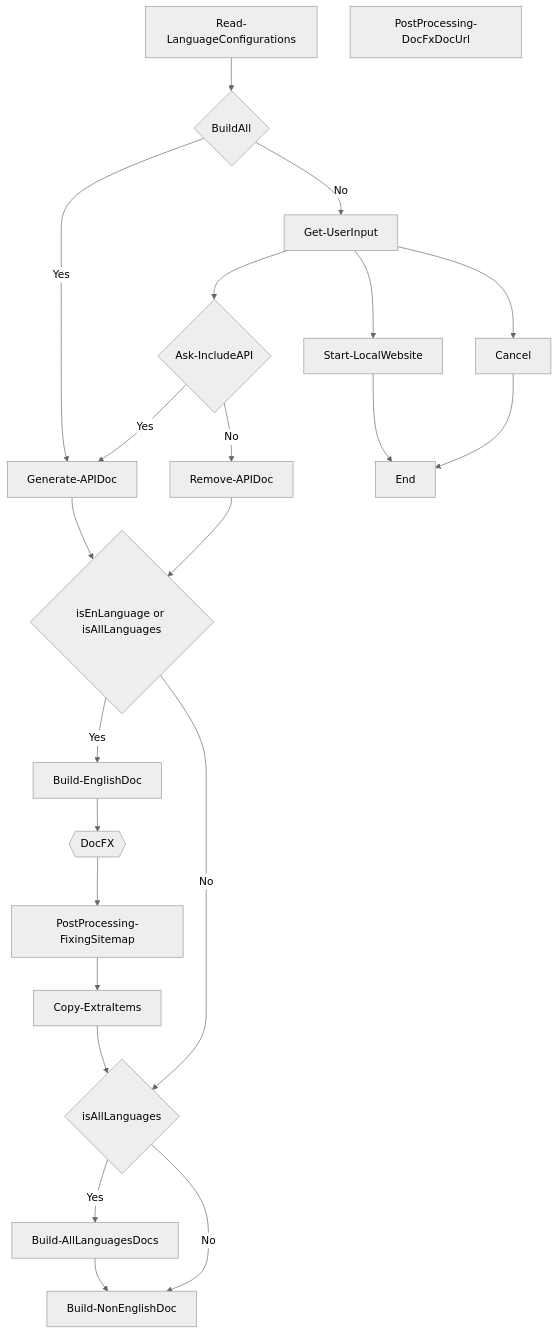
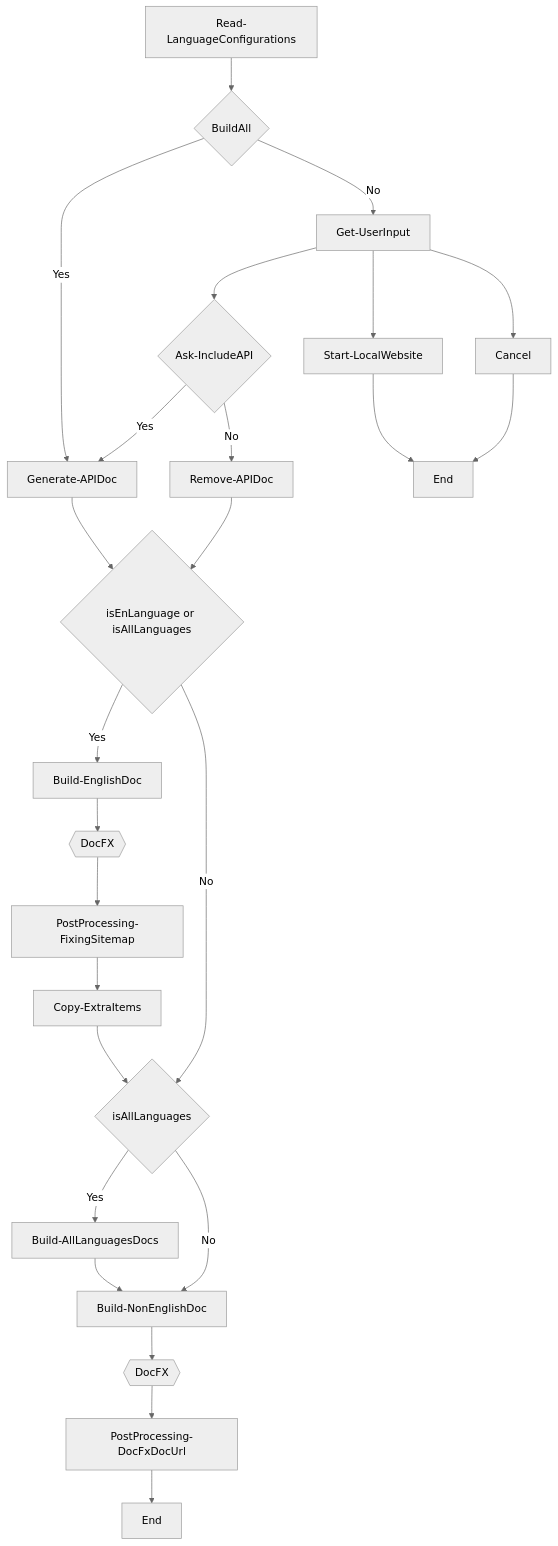
Before and after one commit to NexStandard/stride-docs-next: the second of 2 diagrams in README.md, drawn with Mermaid (neutral theme).

````diff
--- a/README.md
+++ b/README.md
@@ -165,38 +165,39 @@
 ``` mermaid
 graph TB
     A[Read-LanguageConfigurations]
     X1[BuildAll]
     B[Get-UserInput]
     C[Ask-IncludeAPI]
     D[Copy-ExtraItems]
     E[Start-LocalWebsite]
     F[Generate-APIDoc]
     G[Remove-APIDoc]
     H[Build-EnglishDoc]
     I[Build-NonEnglishDoc]
     J[Build-AllLanguagesDocs]
     K[PostProcessing-DocFxDocUrl]
     L[PostProcessing-FixingSitemap]
-    DocFX{{DocFX}}
-   
 
     A --> X1{BuildAll}
     X1 -->|Yes| F
     X1 -->|No| B
     B --> C{Ask-IncludeAPI}
     B --> E
     B --> X2[Cancel]
     E --> End
     X2 --> End[End]
     C -->|Yes| F
     C -->|No| G
     G --> X3{isEnLanguage or isAllLanguages}
     F --> X3
     X3 -->|Yes| H
     X3 -->|No| X4
-    H --> DocFX --> L --> D
+    H --> DocFX{{DocFX}} --> L --> D
     D --> X4{isAllLanguages}
     X4 -->|Yes| J
     X4 -->|No| I
     J --> I
+    I --> M{{DocFX}}
+    M --> K
+    K --> N[End]
 ```
````
